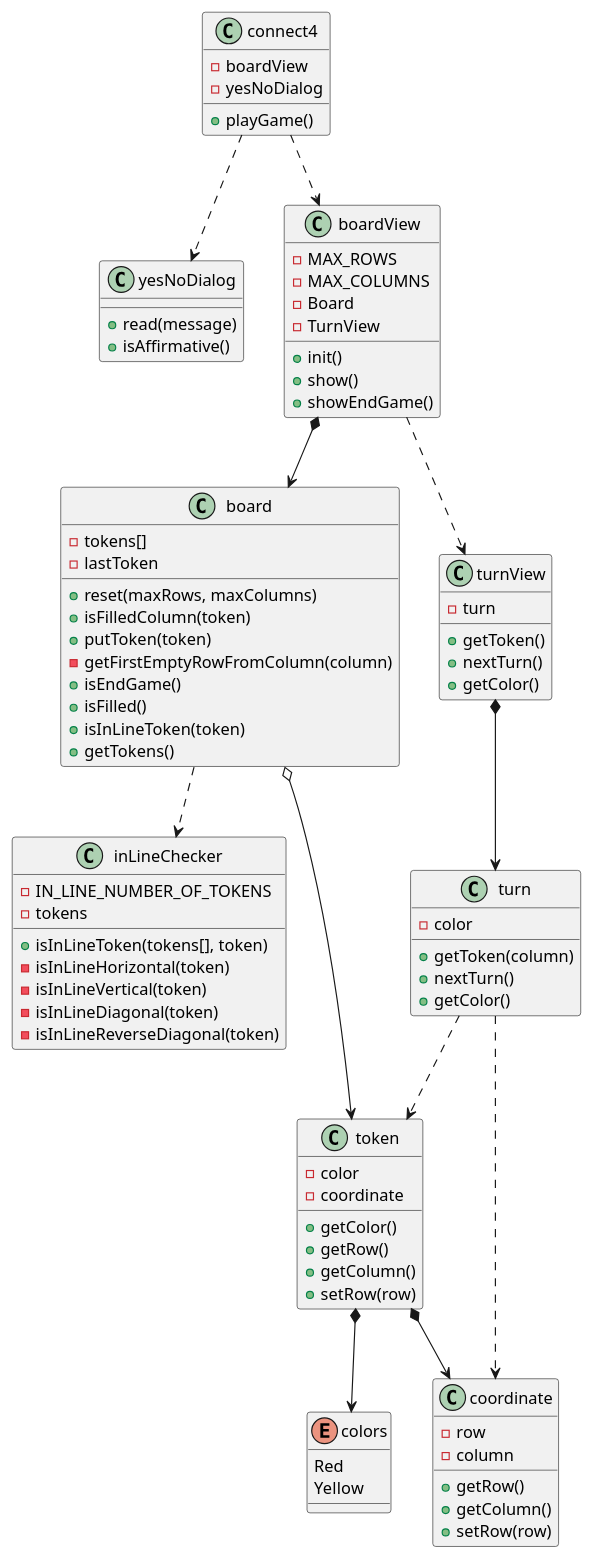
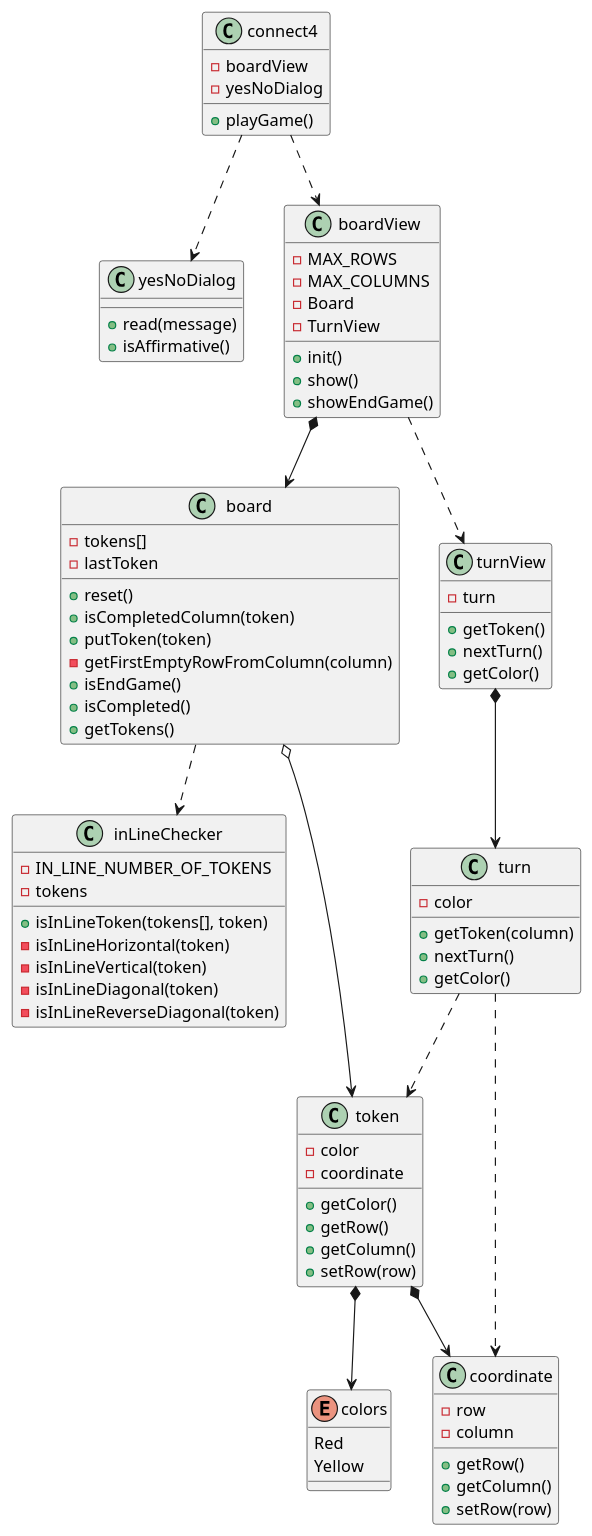
Before and after one commit to jumpering/connect4: the diagram in UML/softwareModel.puml, drawn with PlantUML. The commit also changed 1 other file, not shown here.

Commit message:
refactor UML

```diff
--- a/UML/softwareModel.puml
+++ b/UML/softwareModel.puml
@@ -1,90 +1,89 @@
 @startuml
 
 class connect4{
     - boardView
     - yesNoDialog
     + playGame()
 }
 class yesNoDialog{
     + read(message)
     + isAffirmative()
 }
 class board{
     - tokens[]
     - lastToken
-    + reset(maxRows, maxColumns)
-    + isFilledColumn(token)
+    + reset()
+    + isCompletedColumn(token)
     + putToken(token)
     - getFirstEmptyRowFromColumn(column)
     + isEndGame()
-    + isFilled()
-    + isInLineToken(token)
+    + isCompleted()
     + getTokens()
 }
 class boardView{
     - MAX_ROWS
     - MAX_COLUMNS
     - Board
     - TurnView
     + init()
     + show()
     + showEndGame()
 }
 class inLineChecker{
     - IN_LINE_NUMBER_OF_TOKENS
     - tokens
     + isInLineToken(tokens[], token)
     - isInLineHorizontal(token)
     - isInLineVertical(token)
     - isInLineDiagonal(token)
     - isInLineReverseDiagonal(token)
 }
 
 class token{
     - color
     - coordinate
     + getColor()
     + getRow()
     + getColumn()
     + setRow(row)
 }
 
 class coordinate {
     - row 
     - column
     + getRow()
     + getColumn()
     + setRow(row)
 }
 
 class turnView{
     - turn
     + getToken()
     + nextTurn()
     + getColor()
 }
 
 class turn{
     - color
     + getToken(column) 
     + nextTurn()
     + getColor()
 }
 
 enum colors{
 Red
 Yellow
 }
 
 connect4 ..> boardView
 connect4 ..> yesNoDialog
 boardView *--> board
 boardView ..> turnView
 board o--> token
 board ..> inLineChecker
 turnView *--> turn
 turn ..> coordinate
 turn ..> token
 token *--> colors
 token *--> coordinate
 @enduml
```
